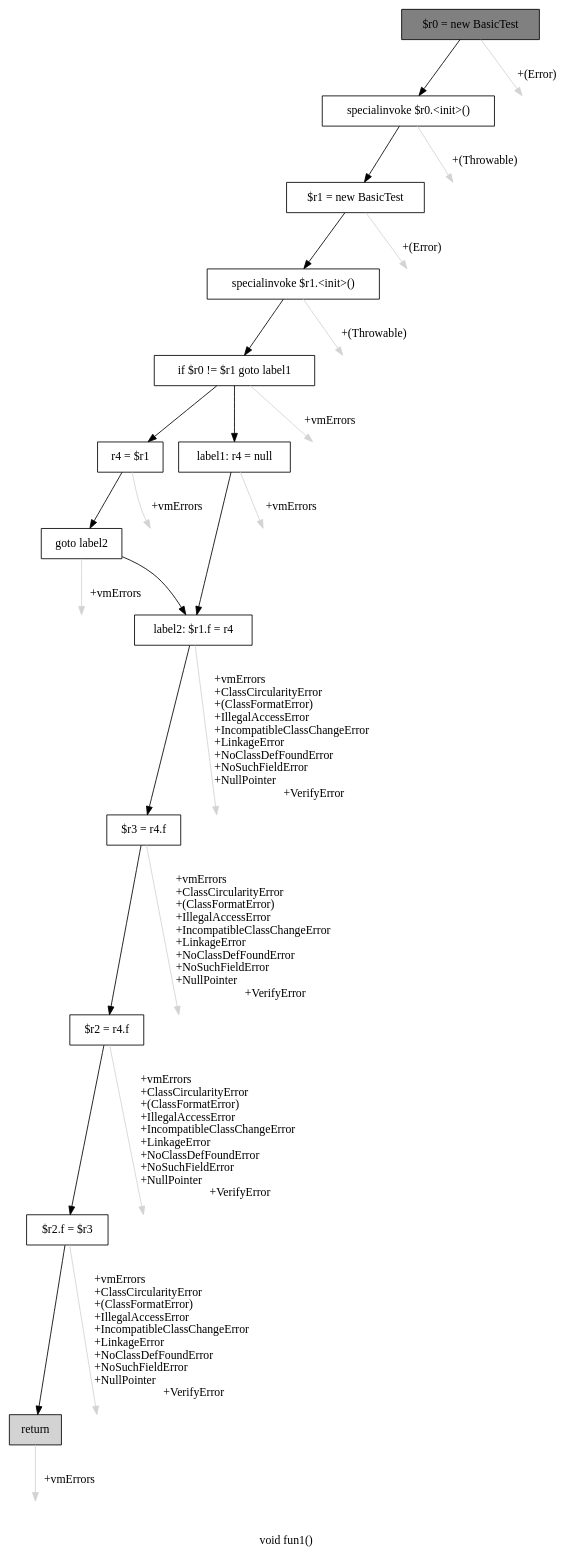
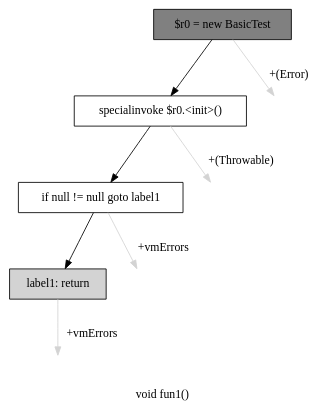
The diagram in cfg.dot (gourishankerJK/DeReference-Pointer-Analysis), drawn with Graphviz before and after one commit. The commit also changed 5 other files, not shown here.

```diff
--- a/cfg.dot
+++ b/cfg.dot
@@ -1,56 +1,19 @@
 digraph "void fun1()" {
     label="void fun1()";
     node [shape=box];
     "0" [style=filled,fillcolor=gray,label="$r0 = new BasicTest",];
     "1" [label="specialinvoke $r0.<init>()",];
     "0"->"1" [color=black,];
-    "13" [style=invis,label="Esc",];
-    "0"->"13" [color=lightgray,label="\l+(Error)",];
-    "2" [label="$r1 = new BasicTest",];
+    "4" [style=invis,label="Esc",];
+    "0"->"4" [color=lightgray,label="\l+(Error)",];
+    "2" [label="if null != null goto label1",];
     "1"->"2" [color=black,];
-    "14" [style=invis,label="Esc",];
-    "1"->"14" [color=lightgray,label="\l+(Throwable)",];
-    "3" [label="specialinvoke $r1.<init>()",];
+    "5" [style=invis,label="Esc",];
+    "1"->"5" [color=lightgray,label="\l+(Throwable)",];
+    "3" [style=filled,fillcolor=lightgray,label="label1: return",];
     "2"->"3" [color=black,];
-    "15" [style=invis,label="Esc",];
-    "2"->"15" [color=lightgray,label="\l+(Error)",];
-    "4" [label="if $r0 != $r1 goto label1",];
-    "3"->"4" [color=black,];
-    "16" [style=invis,label="Esc",];
-    "3"->"16" [color=lightgray,label="\l+(Throwable)",];
-    "5" [label="r4 = $r1",];
-    "4"->"5" [color=black,];
-    "7" [label="label1: r4 = null",];
-    "4"->"7" [color=black,];
-    "17" [style=invis,label="Esc",];
-    "4"->"17" [color=lightgray,label="\l+vmErrors",];
-    "6" [label="goto label2",];
-    "5"->"6" [color=black,];
-    "18" [style=invis,label="Esc",];
-    "5"->"18" [color=lightgray,label="\l+vmErrors",];
-    "8" [label="label2: $r1.f = r4",];
-    "6"->"8" [color=black,];
-    "19" [style=invis,label="Esc",];
-    "6"->"19" [color=lightgray,label="\l+vmErrors",];
-    "7"->"8" [color=black,];
-    "20" [style=invis,label="Esc",];
-    "7"->"20" [color=lightgray,label="\l+vmErrors",];
-    "9" [label="$r3 = r4.f",];
-    "8"->"9" [color=black,];
-    "21" [style=invis,label="Esc",];
-    "8"->"21" [color=lightgray,label="\l+vmErrors\l+ClassCircularityError\l+(ClassFormatError)\l+IllegalAccessError\l+IncompatibleClassChangeError\l+LinkageError\l+NoClassDefFoundError\l+NoSuchFieldError\l+NullPointer\l+VerifyError",];
-    "10" [label="$r2 = r4.f",];
-    "9"->"10" [color=black,];
-    "22" [style=invis,label="Esc",];
-    "9"->"22" [color=lightgray,label="\l+vmErrors\l+ClassCircularityError\l+(ClassFormatError)\l+IllegalAccessError\l+IncompatibleClassChangeError\l+LinkageError\l+NoClassDefFoundError\l+NoSuchFieldError\l+NullPointer\l+VerifyError",];
-    "11" [label="$r2.f = $r3",];
-    "10"->"11" [color=black,];
-    "23" [style=invis,label="Esc",];
-    "10"->"23" [color=lightgray,label="\l+vmErrors\l+ClassCircularityError\l+(ClassFormatError)\l+IllegalAccessError\l+IncompatibleClassChangeError\l+LinkageError\l+NoClassDefFoundError\l+NoSuchFieldError\l+NullPointer\l+VerifyError",];
-    "12" [style=filled,fillcolor=lightgray,label="return",];
-    "11"->"12" [color=black,];
-    "24" [style=invis,label="Esc",];
-    "11"->"24" [color=lightgray,label="\l+vmErrors\l+ClassCircularityError\l+(ClassFormatError)\l+IllegalAccessError\l+IncompatibleClassChangeError\l+LinkageError\l+NoClassDefFoundError\l+NoSuchFieldError\l+NullPointer\l+VerifyError",];
-    "25" [style=invis,label="Esc",];
-    "12"->"25" [color=lightgray,label="\l+vmErrors",];
+    "6" [style=invis,label="Esc",];
+    "2"->"6" [color=lightgray,label="\l+vmErrors",];
+    "7" [style=invis,label="Esc",];
+    "3"->"7" [color=lightgray,label="\l+vmErrors",];
 }
```
